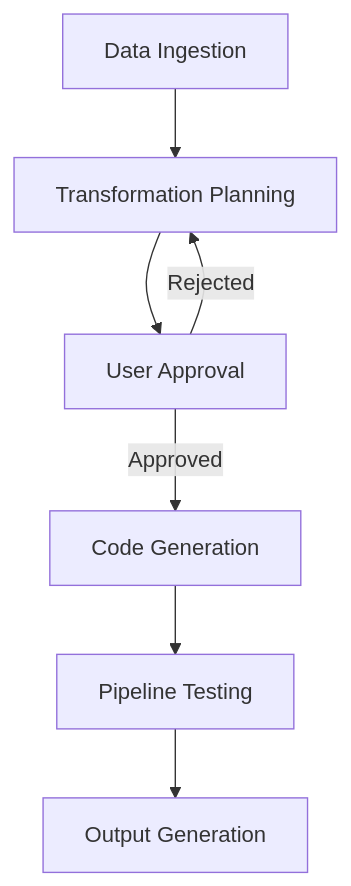
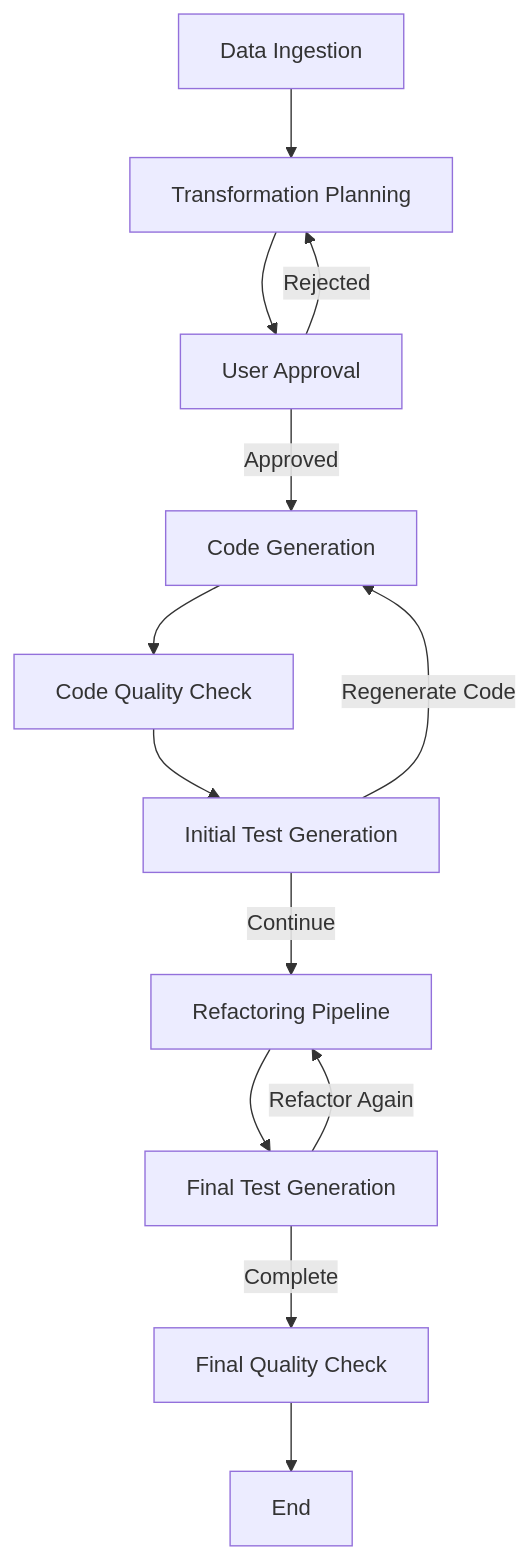
Before and after one commit to mpraes/pandas_pipeline_agent_flow_generator: the diagram in README.md, drawn with Mermaid. The commit also changed other lines of this file and 18 other files, not shown here.

````diff
--- a/README.md
+++ b/README.md
@@ -43,9 +59,15 @@
 ```mermaid
 graph TD
     A[Data Ingestion] --> B[Transformation Planning]
     B --> C[User Approval]
     C -->|Approved| D[Code Generation]
     C -->|Rejected| B
-    D --> E[Pipeline Testing]
-    E --> F[Output Generation]
+    D --> E[Code Quality Check]
+    E --> F[Initial Test Generation]
+    F -->|Regenerate Code| D
+    F -->|Continue| G[Refactoring Pipeline]
+    G --> H[Final Test Generation]
+    H -->|Refactor Again| G
+    H -->|Complete| I[Final Quality Check]
+    I --> J[End]
 ```
````
